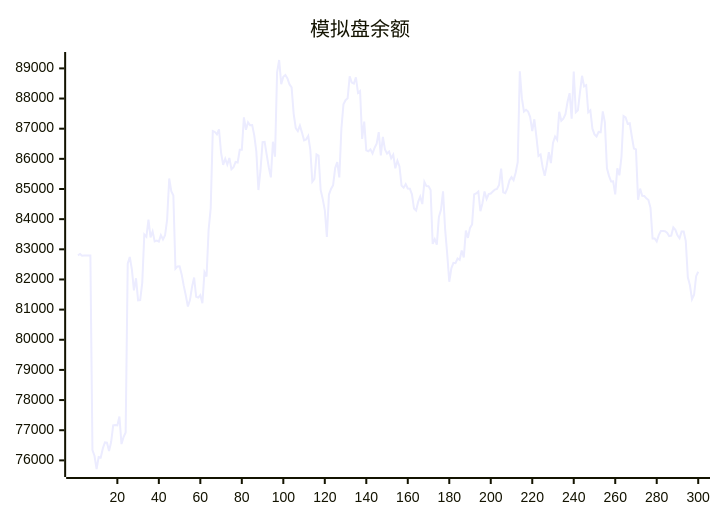
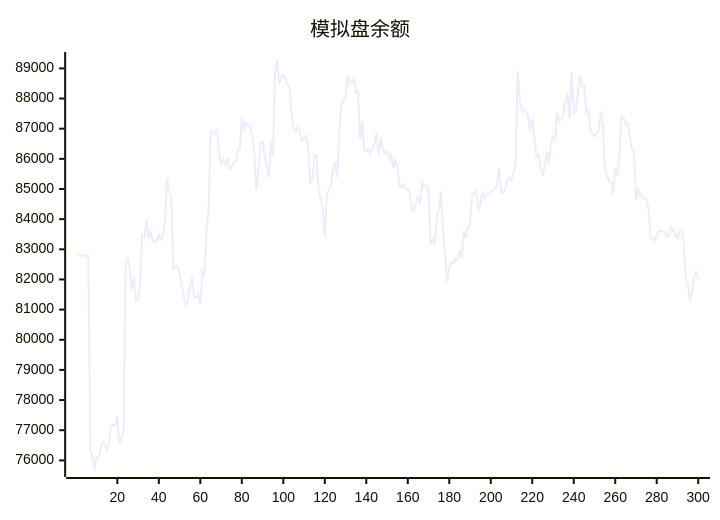
One commit to aahl/ai-trading changed the diagram in README.md. Above: the diagram before and after it, drawn with Mermaid. The commit also changed other lines of this file and 1 other file, not shown here.

````diff
--- a/README.md
+++ b/README.md
@@ -5,5 +5,5 @@
 ```mermaid
 xychart
     title "模拟盘余额"
-    line [82801,82844,82785,82791,82791,82793,82794,76339,76145,75714,76110,76096,76397,76594,76585,76310,76607,77160,77170,77160,77456,76541,76774,76927,82520,82744,82337,81639,82040,81307,81314,81887,83490,83414,83984,83396,83594,83261,83287,83253,83470,83327,83465,83987,85348,84930,84786,82355,82433,82438,82167,81795,81466,81105,81315,81756,82064,81426,81398,81481,81210,82242,82099,83658,84359,86925,86892,86814,86980,86203,85802,86003,85811,86028,85657,85721,85896,85880,86300,86299,87378,86965,87214,87115,87118,86780,86238,84966,85623,86555,86562,86129,85722,85387,86569,86070,88870,89278,88477,88720,88781,88668,88467,88372,87493,87018,86917,87102,86870,86613,86644,86758,86317,85242,85334,86149,86106,84968,84671,84302,83410,84816,85001,85127,85693,85891,85384,87001,87811,87945,88007,88734,88528,88495,88705,88189,88248,86662,87234,86279,86251,86314,86177,86364,86503,86886,86114,86731,86310,86176,86240,86017,86136,85685,85938,85749,85111,85044,85164,85016,85008,84824,84354,84287,84572,84745,84500,85234,85096,85095,84970,83180,83338,83157,84070,84309,84922,83667,82850,81924,82369,82552,82539,82695,82648,82962,82728,83619,83378,83710,83825,84819,84854,84917,84265,84527,84919,84668,84834,84850,84916,84981,85004,85131,85674,84891,84864,85019,85284,85393,85294,85538,85894,88904,88012,87567,87625,87568,87386,86920,87313,86737,86094,86143,85725,85437,85787,86219,85859,86526,86740,86630,87563,87264,87335,87483,87886,88180,87335,88894,87544,87608,88207,88755,88401,88444,87543,87608,87000,86810,86740,86894,86884,87576,87209,85686,85435,85251,85255,84820,85689,85453,86066,87420,87373,87161,87178,86740,86341,86315,84643,85012,84772,84768,84690,84635,84376,83360,83357,83259,83474,83608,83606,83602,83548,83440,83454,83724,83644,83464,83365,83590,83592,83275,82072,81806,81344,81492,82109,82254]
+    line [82844,82785,82791,82791,82793,82794,76339,76145,75714,76110,76096,76397,76594,76585,76310,76607,77160,77170,77160,77456,76541,76774,76927,82520,82744,82337,81639,82040,81307,81314,81887,83490,83414,83984,83396,83594,83261,83287,83253,83470,83327,83465,83987,85348,84930,84786,82355,82433,82438,82167,81795,81466,81105,81315,81756,82064,81426,81398,81481,81210,82242,82099,83658,84359,86925,86892,86814,86980,86203,85802,86003,85811,86028,85657,85721,85896,85880,86300,86299,87378,86965,87214,87115,87118,86780,86238,84966,85623,86555,86562,86129,85722,85387,86569,86070,88870,89278,88477,88720,88781,88668,88467,88372,87493,87018,86917,87102,86870,86613,86644,86758,86317,85242,85334,86149,86106,84968,84671,84302,83410,84816,85001,85127,85693,85891,85384,87001,87811,87945,88007,88734,88528,88495,88705,88189,88248,86662,87234,86279,86251,86314,86177,86364,86503,86886,86114,86731,86310,86176,86240,86017,86136,85685,85938,85749,85111,85044,85164,85016,85008,84824,84354,84287,84572,84745,84500,85234,85096,85095,84970,83180,83338,83157,84070,84309,84922,83667,82850,81924,82369,82552,82539,82695,82648,82962,82728,83619,83378,83710,83825,84819,84854,84917,84265,84527,84919,84668,84834,84850,84916,84981,85004,85131,85674,84891,84864,85019,85284,85393,85294,85538,85894,88904,88012,87567,87625,87568,87386,86920,87313,86737,86094,86143,85725,85437,85787,86219,85859,86526,86740,86630,87563,87264,87335,87483,87886,88180,87335,88894,87544,87608,88207,88755,88401,88444,87543,87608,87000,86810,86740,86894,86884,87576,87209,85686,85435,85251,85255,84820,85689,85453,86066,87420,87373,87161,87178,86740,86341,86315,84643,85012,84772,84768,84690,84635,84376,83360,83357,83259,83474,83608,83606,83602,83548,83440,83454,83724,83644,83464,83365,83590,83592,83275,82072,81806,81344,81492,82109,82254,82006]
 ```
````
